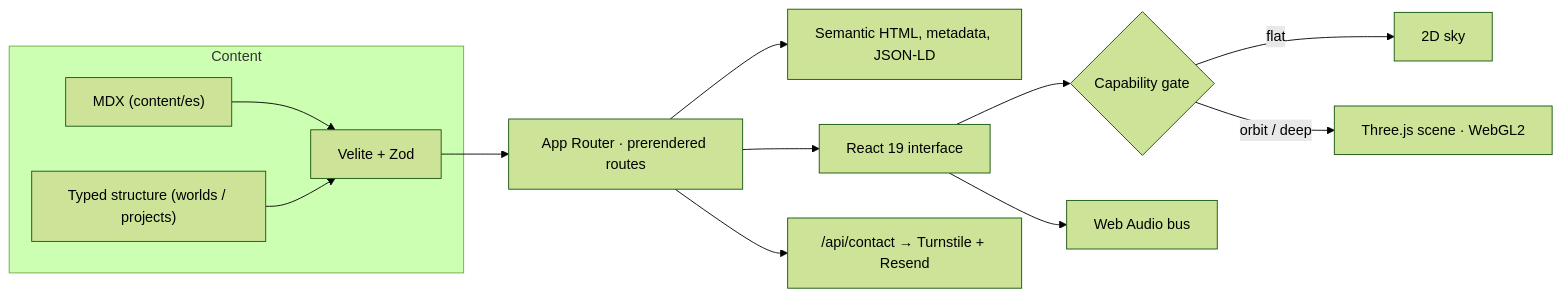
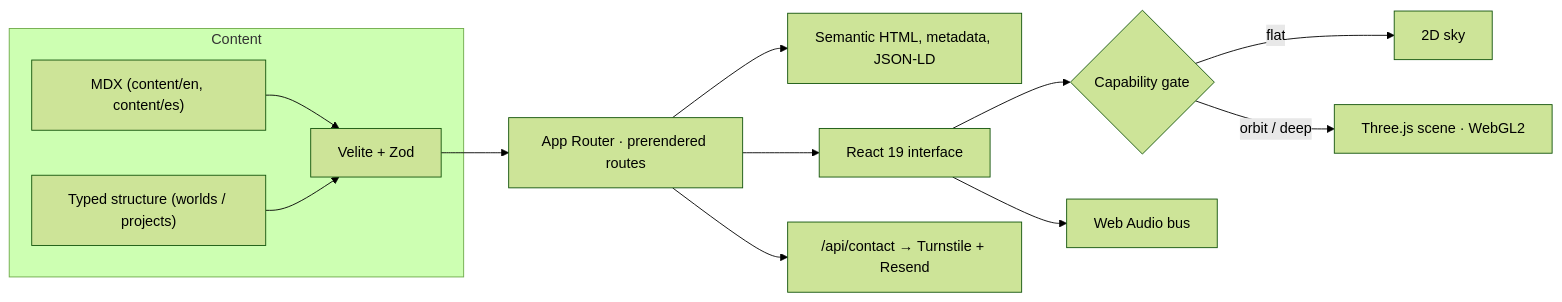
One commit to JonasJavier/jonas-orbit-v3 changed the diagram in README.md. Above: the diagram before and after it, drawn with Mermaid (forest theme). The commit also changed other lines of this file and 110 other files, not shown here.

````diff
--- a/README.md
+++ b/README.md
@@ -99,15 +99,15 @@
 ```mermaid
 flowchart LR
   subgraph Content
-    MDX["MDX (content/es)"] --> V["Velite + Zod"]
+    MDX["MDX (content/en, content/es)"] --> V["Velite + Zod"]
     DATA["Typed structure (worlds / projects)"] --> V
   end
   V --> R["App Router · prerendered routes"]
   R --> HTML["Semantic HTML, metadata, JSON-LD"]
   R --> UI["React 19 interface"]
   UI --> G{"Capability gate"}
   G -- "flat" --> SKY["2D sky"]
   G -- "orbit / deep" --> GL["Three.js scene · WebGL2"]
   UI --> AUDIO["Web Audio bus"]
   R --> API["/api/contact → Turnstile + Resend"]
 ```
````
